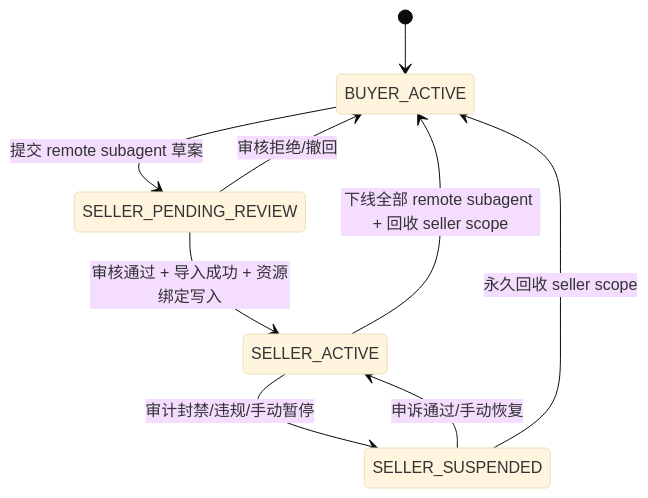
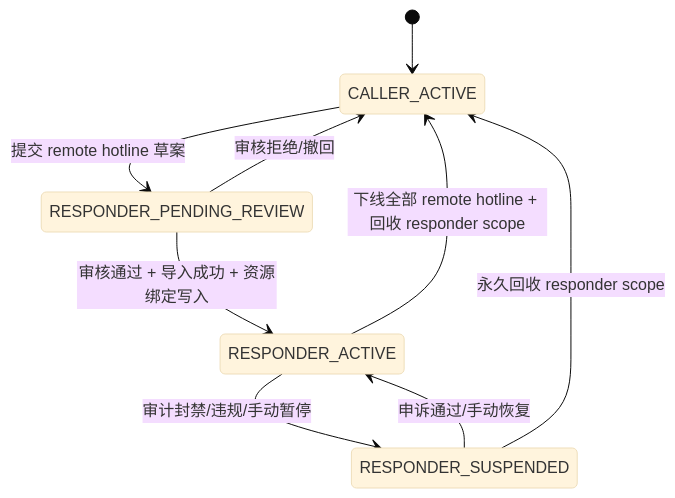
The first of 2 diagrams in docs/current/diagrams/permission-lifecycle-and-rbac.md (hejiajiudeeyu/delegated-execution-protocol), drawn with Mermaid (base theme) before and after one commit. The commit also changed other lines of this file and 110 other files, not shown here.

First line of the commit message:
docs: replace subagent terminology with hotline across protocol docs and templates

````diff
--- a/docs/current/diagrams/permission-lifecycle-and-rbac.md
+++ b/docs/current/diagrams/permission-lifecycle-and-rbac.md
@@ -17,11 +17,11 @@
 ```mermaid
 stateDiagram-v2
-    [*] --> BUYER_ACTIVE
-    BUYER_ACTIVE --> SELLER_PENDING_REVIEW: 提交 remote subagent 草案
-    SELLER_PENDING_REVIEW --> BUYER_ACTIVE: 审核拒绝/撤回
-    SELLER_PENDING_REVIEW --> SELLER_ACTIVE: 审核通过 + 导入成功 + 资源绑定写入
-    SELLER_ACTIVE --> SELLER_SUSPENDED: 审计封禁/违规/手动暂停
-    SELLER_SUSPENDED --> SELLER_ACTIVE: 申诉通过/手动恢复
-    SELLER_ACTIVE --> BUYER_ACTIVE: 下线全部 remote subagent + 回收 seller scope
-    SELLER_SUSPENDED --> BUYER_ACTIVE: 永久回收 seller scope
+    [*] --> CALLER_ACTIVE
+    CALLER_ACTIVE --> RESPONDER_PENDING_REVIEW: 提交 remote hotline 草案
+    RESPONDER_PENDING_REVIEW --> CALLER_ACTIVE: 审核拒绝/撤回
+    RESPONDER_PENDING_REVIEW --> RESPONDER_ACTIVE: 审核通过 + 导入成功 + 资源绑定写入
+    RESPONDER_ACTIVE --> RESPONDER_SUSPENDED: 审计封禁/违规/手动暂停
+    RESPONDER_SUSPENDED --> RESPONDER_ACTIVE: 申诉通过/手动恢复
+    RESPONDER_ACTIVE --> CALLER_ACTIVE: 下线全部 remote hotline + 回收 responder scope
+    RESPONDER_SUSPENDED --> CALLER_ACTIVE: 永久回收 responder scope
 ```
````
